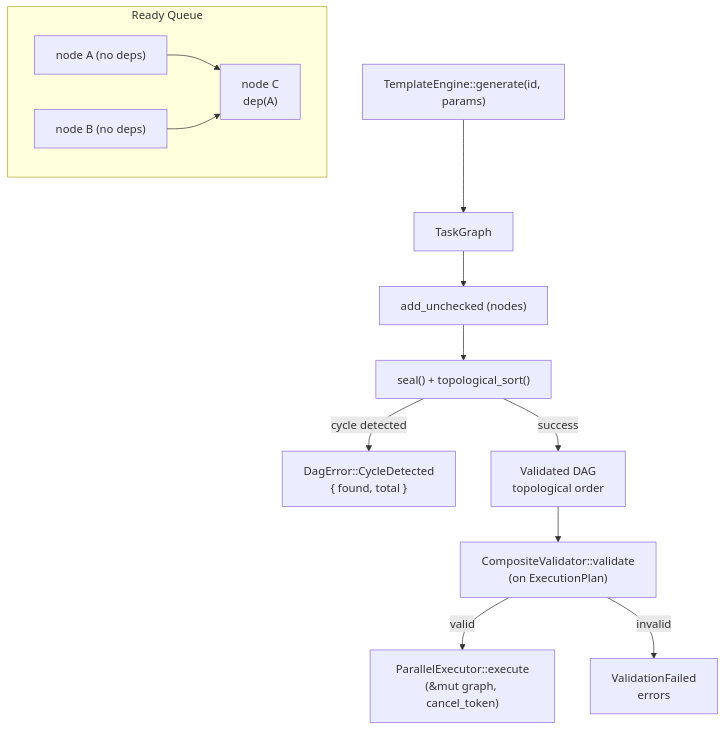
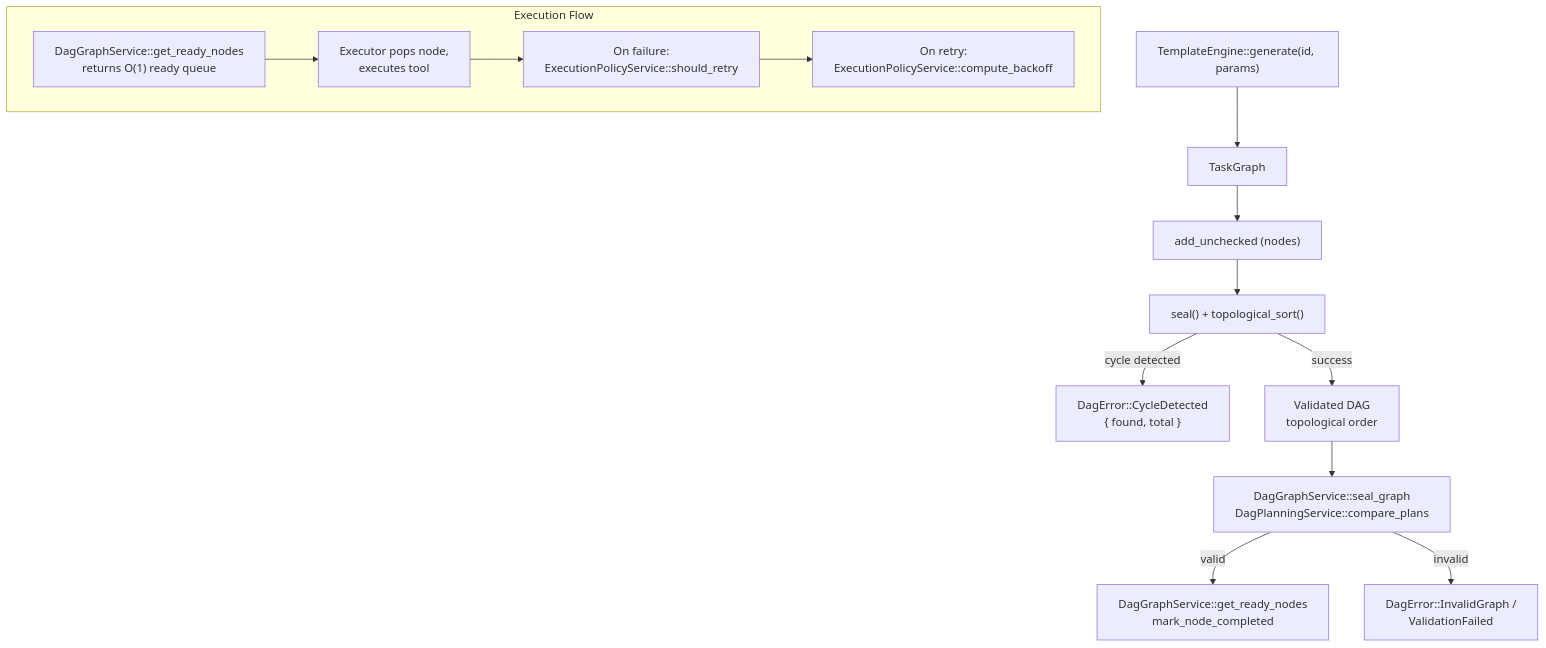
The diagram in engine/.pi/architecture/modules/dag-engine.md (arman-jalili/rigorix-oss), drawn with Mermaid before and after one commit. The commit also changed other lines of this file and 2 other files, not shown here.

First line of the commit message:
feat: architecture readiness #117 — runbook, DR plan, doc sync

````diff
--- a/engine/.pi/architecture/modules/dag-engine.md
+++ b/engine/.pi/architecture/modules/dag-engine.md
@@ -86,26 +124,30 @@
 ```mermaid
 flowchart TB
     A["TemplateEngine::generate(id, params)"] --> B[TaskGraph]
     B --> C["add_unchecked (nodes)"]
     C --> D["seal() + topological_sort()"]
     
     D -->|cycle detected| ERR["DagError::CycleDetected
 { found, total }"]
     D -->|success| E["Validated DAG
 topological order"]
     
-    E --> F["CompositeValidator::validate
-(on ExecutionPlan)"]
-    F -->|valid| G["ParallelExecutor::execute
-(&mut graph, cancel_token)"]
-    F -->|invalid| H["ValidationFailed
-errors"]
+    E --> F["DagGraphService::seal_graph
+DagPlanningService::compare_plans"]
+    F -->|valid| G["DagGraphService::get_ready_nodes
+mark_node_completed"]
+    F -->|invalid| H["DagError::InvalidGraph / 
+ValidationFailed"]
     
-    subgraph Ready Queue
-        R1["node A (no deps)"]
-        R2["node B (no deps)"]
-        R1 --> R3["node C
-dep(A)"]
-        R2 --> R3
+    subgraph Execution Flow
+        R1["DagGraphService::get_ready_nodes
+returns O(1) ready queue"]
+        R2["Executor pops node,
+executes tool"]
+        R3["On failure:
+ExecutionPolicyService::should_retry"]
+        R4["On retry:
+ExecutionPolicyService::compute_backoff"]
+        R1 --> R2 --> R3 --> R4
     end
 ```
````
